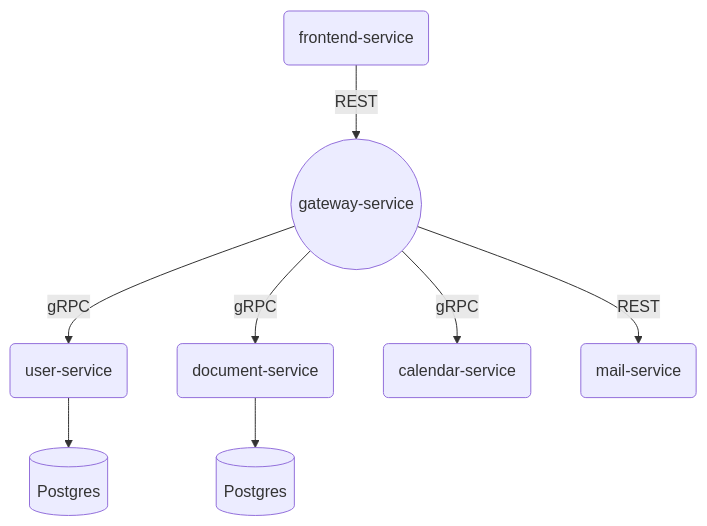
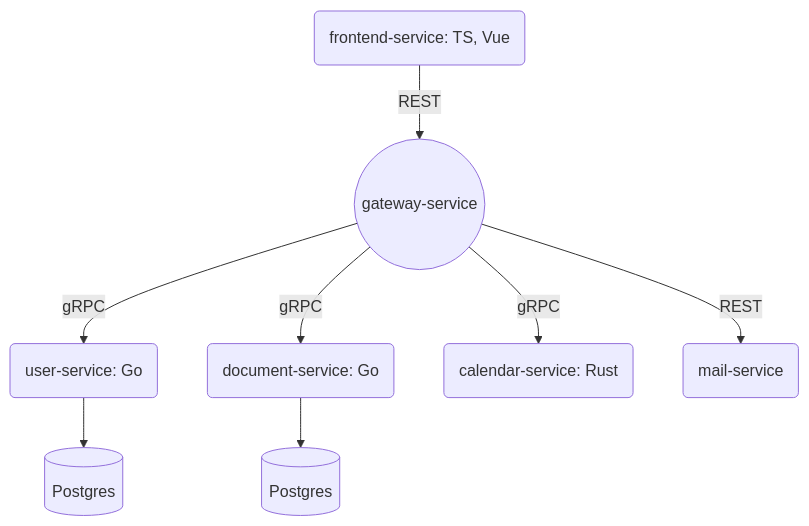
Before and after one commit to samgozman/validity.red: the diagram in README.md, drawn with Mermaid.

Commit message:
Add language references

````diff
--- a/README.md
+++ b/README.md
@@ -5,13 +5,13 @@
 ```mermaid
 graph TB
-    A(frontend-service) --> |REST| B((gateway-service))
-    B -->|gRPC| C(user-service) --> F[(Postgres)]
-    B -->|gRPC| D(document-service) --> G[(Postgres)]
-    B -->|gRPC| E(calendar-service)
+    A(frontend-service: TS, Vue) --> |REST| B((gateway-service))
+    B -->|gRPC| C(user-service: Go) --> F[(Postgres)]
+    B -->|gRPC| D(document-service: Go) --> G[(Postgres)]
+    B -->|gRPC| E(calendar-service: Rust)
     B -->|REST| H(mail-service)
     click A "https://github.com/samgozman/validity.red/tree/main/frontend-service" "Frontend SPA written in VueJS and TypeScript"
     click B "https://github.com/samgozman/validity.red/tree/main/gateway-service" "Gateway service written in Go"
     click C "https://github.com/samgozman/validity.red/tree/main/user-service" "Users service written in Go"
     click D "https://github.com/samgozman/validity.red/tree/main/document-service" "Documents service written in Go"
     click E "https://github.com/samgozman/validity.red/tree/main/calendar-service" "Calendar service written in Rust"
 ```
````
